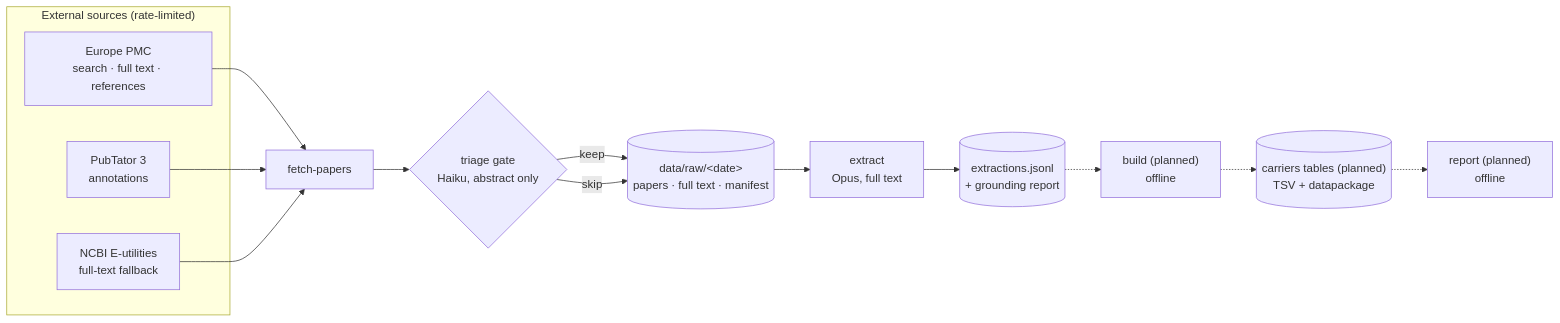
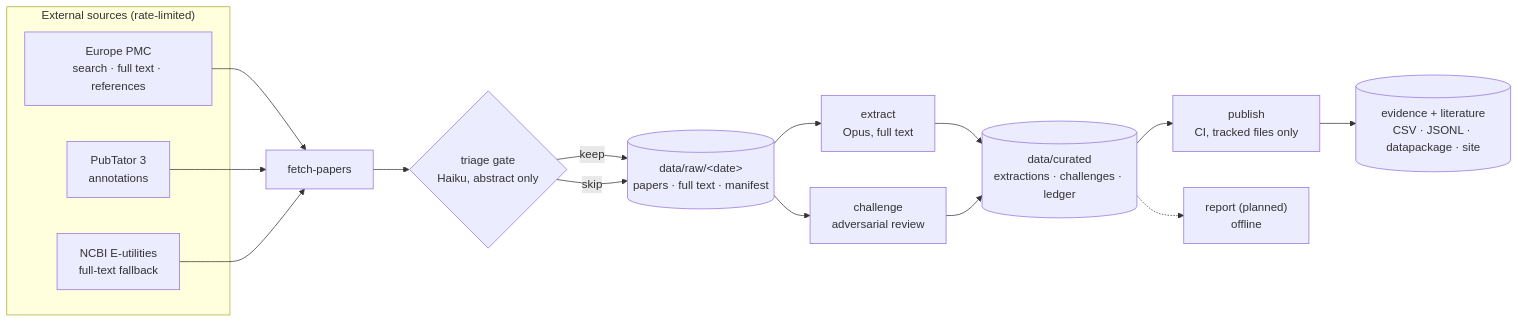
One commit to jcrussell/col4a1a2-watcher changed the diagram in docs/architecture.md. Above: the diagram before and after it, drawn with Mermaid. The commit also changed other lines of this file and 18 other files, not shown here.

````diff
--- a/docs/architecture.md
+++ b/docs/architecture.md
@@ -5,25 +5,29 @@
 ```mermaid
 flowchart LR
   subgraph sources["External sources (rate-limited)"]
     EPMC["Europe PMC<br/>search · full text · references"]
     PT["PubTator 3<br/>annotations"]
     EUT["NCBI E-utilities<br/>full-text fallback"]
   end
 
   FETCH["fetch-papers"]
   GATE{"triage gate<br/>Haiku, abstract only"}
   SNAP[("data/raw/&lt;date&gt;<br/>papers · full text · manifest")]
   EXTRACT["extract<br/>Opus, full text"]
-  RECS[("extractions.jsonl<br/>+ grounding report")]
-  BUILD["build (planned)<br/>offline"]
-  TABLES[("carriers tables (planned)<br/>TSV + datapackage")]
+  RECS[("data/curated<br/>extractions · challenges · ledger")]
+  CHALLENGE["challenge<br/>adversarial review"]
+  PUBLISH["publish<br/>CI, tracked files only"]
+  SITE[("evidence + literature<br/>CSV · JSONL · datapackage · site")]
   REPORT["report (planned)<br/>offline"]
 
   EPMC --> FETCH
   PT --> FETCH
   EUT --> FETCH
   FETCH --> GATE
   GATE -- keep --> SNAP
   GATE -- skip --> SNAP
-  SNAP --> EXTRACT --> RECS -.-> BUILD -.-> TABLES -.-> REPORT
+  SNAP --> EXTRACT --> RECS
+  SNAP --> CHALLENGE --> RECS
+  RECS --> PUBLISH --> SITE
+  RECS -.-> REPORT
 ```
````
